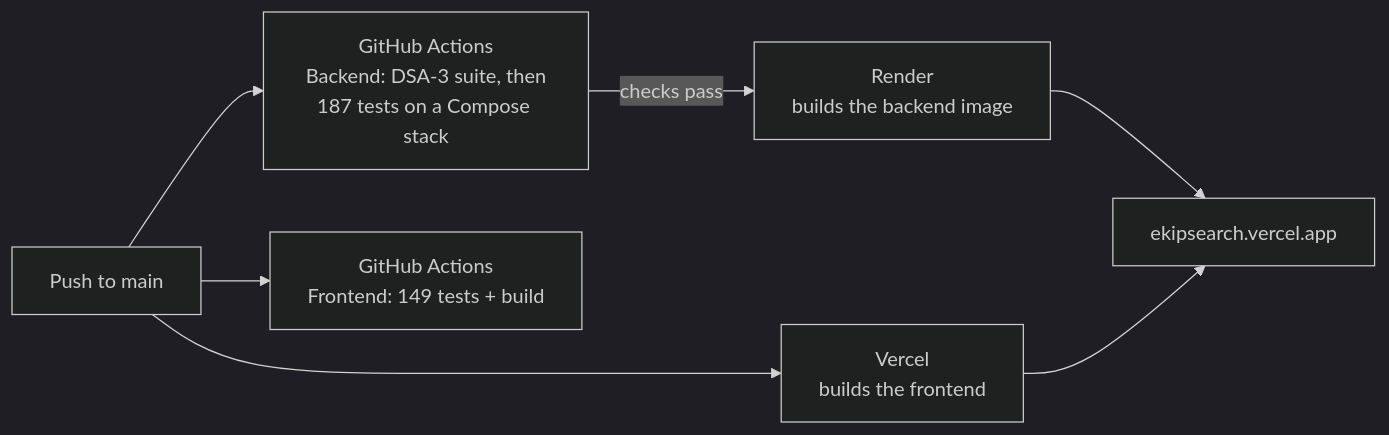
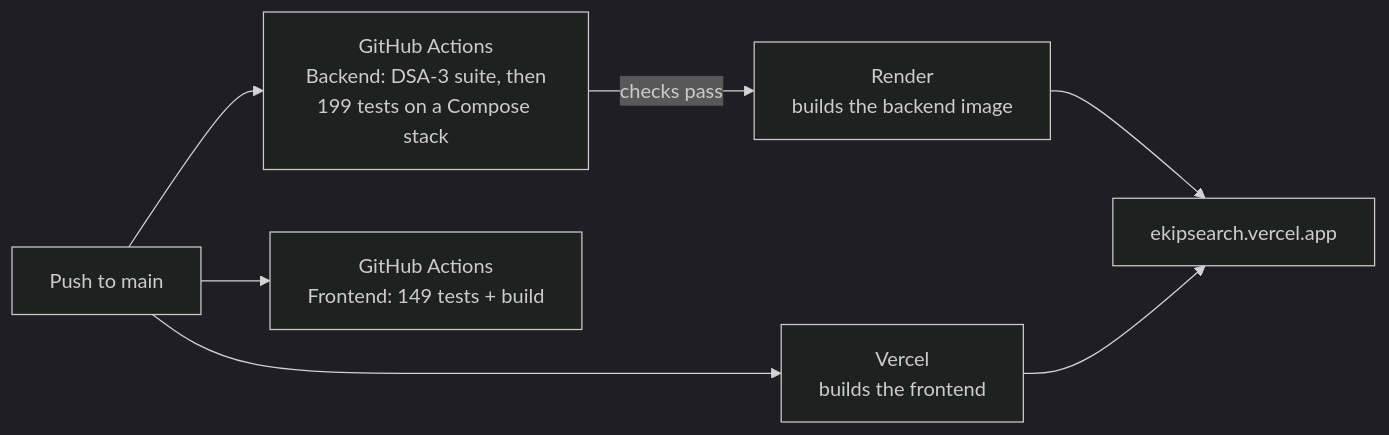
One commit to SathyaMaragani/Enterprise-Knowledge-Intelligence-Platform changed the seventh of 7 diagrams in docs/PROJECT_OVERVIEW.md. Above: the diagram before and after it, drawn with Mermaid (dark theme). The commit also changed other lines of this file and 11 other files, not shown here.

````diff
--- a/docs/PROJECT_OVERVIEW.md
+++ b/docs/PROJECT_OVERVIEW.md
@@ -355,9 +357,9 @@
 ```mermaid
 flowchart LR
-    GH[Push to main] --> CI1[GitHub Actions<br/>Backend: DSA-3 suite, then<br/>187 tests on a Compose stack]
+    GH[Push to main] --> CI1[GitHub Actions<br/>Backend: DSA-3 suite, then<br/>199 tests on a Compose stack]
     GH --> CI2[GitHub Actions<br/>Frontend: 149 tests + build]
     CI1 -->|checks pass| RD[Render<br/>builds the backend image]
     GH --> VC[Vercel<br/>builds the frontend]
     RD --> LIVE[ekipsearch.vercel.app]
     VC --> LIVE
 ```
````
